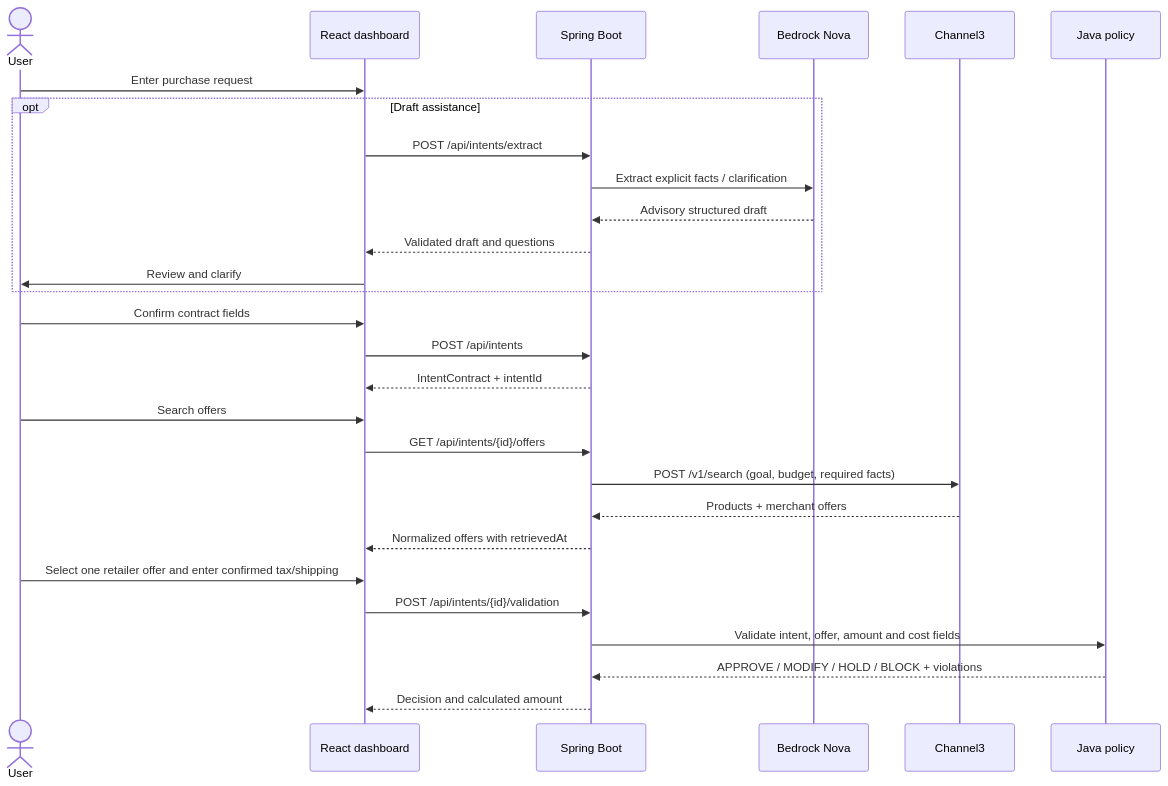
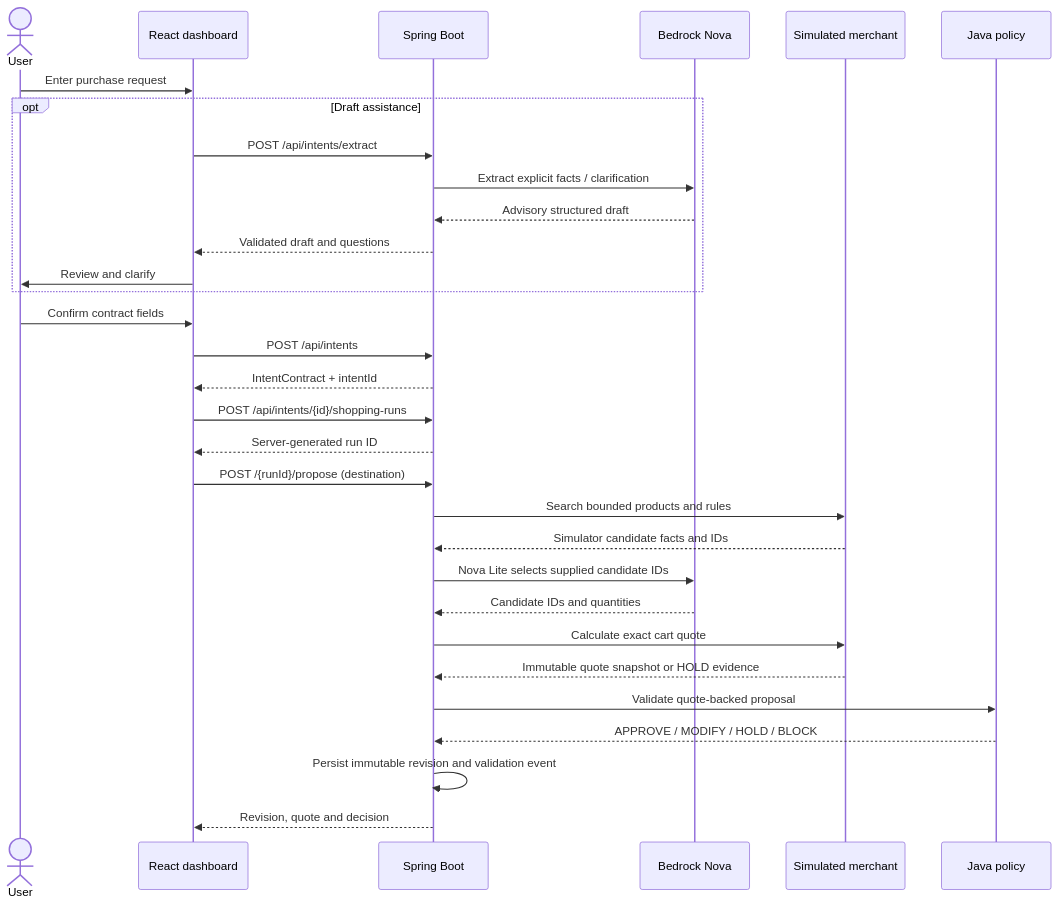
One commit to aashanashanu/intent-os changed the second of 4 diagrams in docs/architecture.md. Above: the diagram before and after it, drawn with Mermaid. The commit also changed other lines of this file and 84 other files, not shown here.

Commit message:
Implement simulated merchant shopping journey

````diff
--- a/docs/architecture.md
+++ b/docs/architecture.md
@@ -65,31 +67,34 @@
 ```mermaid
 sequenceDiagram
     actor User
     participant UI as React dashboard
     participant API as Spring Boot
     participant Model as Bedrock Nova
-    participant C3 as Channel3
+    participant Merchant as Simulated merchant
     participant Policy as Java policy
 
     User->>UI: Enter purchase request
     opt Draft assistance
         UI->>API: POST /api/intents/extract
         API->>Model: Extract explicit facts / clarification
         Model-->>API: Advisory structured draft
         API-->>UI: Validated draft and questions
         UI->>User: Review and clarify
     end
     User->>UI: Confirm contract fields
     UI->>API: POST /api/intents
     API-->>UI: IntentContract + intentId
-    User->>UI: Search offers
-    UI->>API: GET /api/intents/{id}/offers
-    API->>C3: POST /v1/search (goal, budget, required facts)
-    C3-->>API: Products + merchant offers
-    API-->>UI: Normalized offers with retrievedAt
-    User->>UI: Select one retailer offer and enter confirmed tax/shipping
-    UI->>API: POST /api/intents/{id}/validation
-    API->>Policy: Validate intent, offer, amount and cost fields
-    Policy-->>API: APPROVE / MODIFY / HOLD / BLOCK + violations
-    API-->>UI: Decision and calculated amount
+    UI->>API: POST /api/intents/{id}/shopping-runs
+    API-->>UI: Server-generated run ID
+    UI->>API: POST /{runId}/propose (destination)
+    API->>Merchant: Search bounded products and rules
+    Merchant-->>API: Simulator candidate facts and IDs
+    API->>Model: Nova Lite selects supplied candidate IDs
+    Model-->>API: Candidate IDs and quantities
+    API->>Merchant: Calculate exact cart quote
+    Merchant-->>API: Immutable quote snapshot or HOLD evidence
+    API->>Policy: Validate quote-backed proposal
+    Policy-->>API: APPROVE / MODIFY / HOLD / BLOCK
+    API->>API: Persist immutable revision and validation event
+    API-->>UI: Revision, quote and decision
 ```
````
